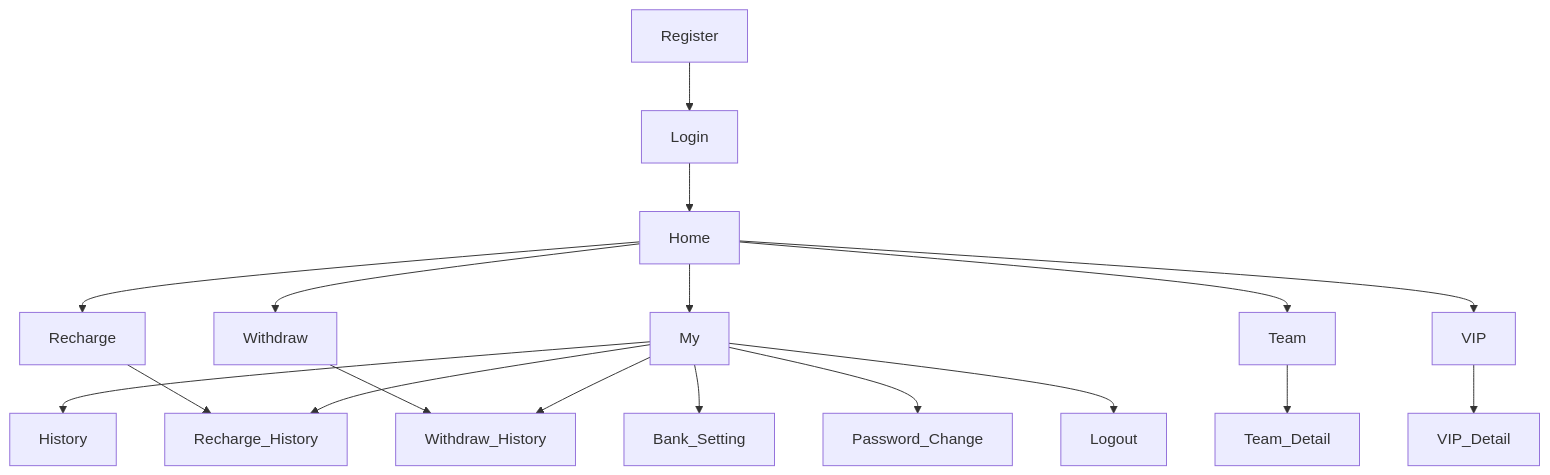
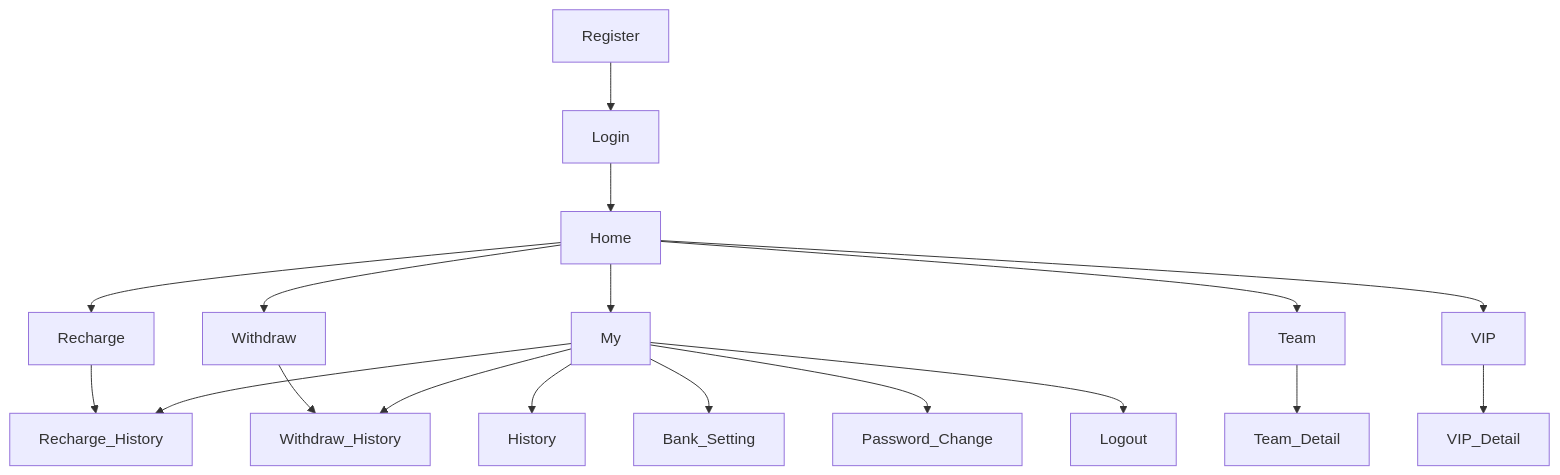
The diagram in readme.md (alaminfullstack/investment-mlm-html-template), drawn with Mermaid before and after one commit. The commit also changed other lines of this file, not shown here.

````diff
--- a/readme.md
+++ b/readme.md
@@ -5,20 +5,20 @@
 ```mermaid
 graph TB;
     Register-->Login;
     Login-->Home;
     Home-->My;
     Home-->Recharge;
     Recharge-->Recharge_History;
     Home-->Withdraw;
     Withdraw-->Withdraw_History;
     Home-->Team;
     Team-->Team_Detail;
     Home-->VIP;
     VIP-->VIP_Detail;
-    My-->History;
     My-->Recharge_History;
     My-->Withdraw_History;
+    My-->History;
     My-->Bank_Setting;
     My-->Password_Change;
     My-->Logout;
 ```
````
